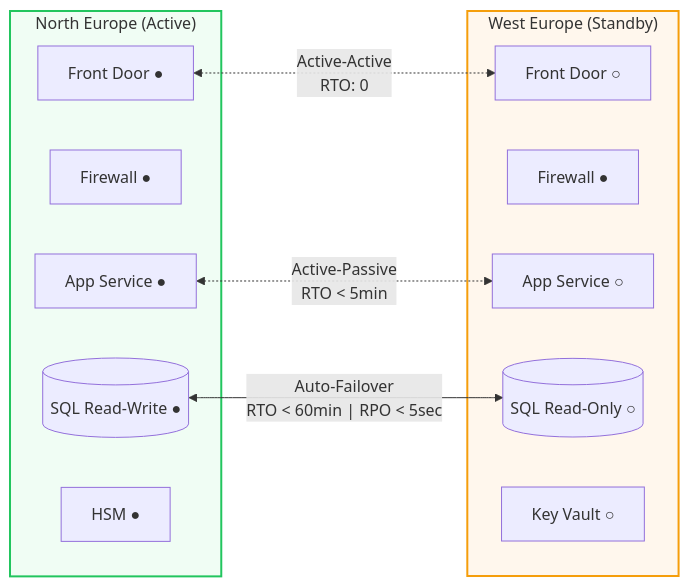
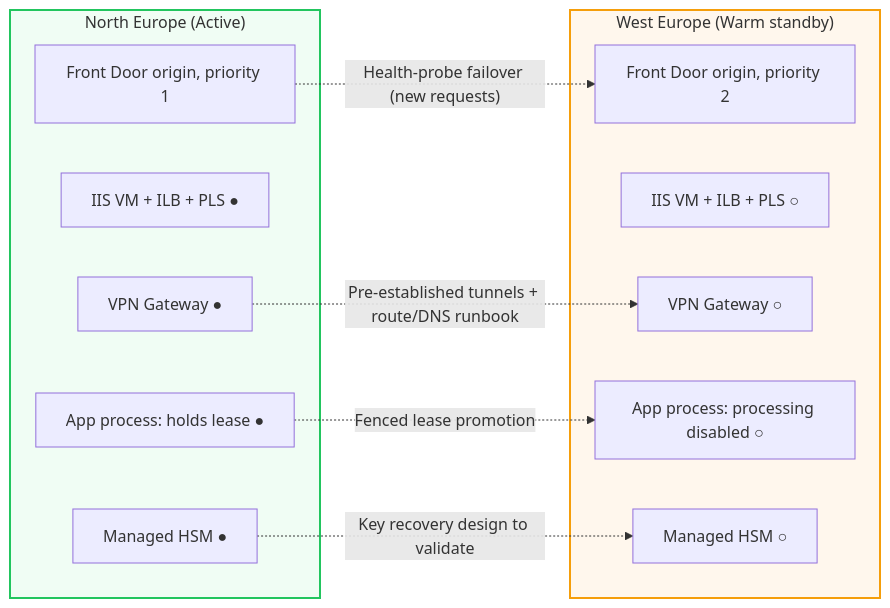
Before and after one commit to microsoftmrinal/azure-landing-zone-pci-dss: the fifth of 5 diagrams in README.md, drawn with Mermaid. The commit also changed other lines of this file and 28 other files, not shown here.

First line of the commit message:
Replace App Service with Windows IIS VMs (NEU + WEU) behind Front Door Private Link

````diff
--- a/README.md
+++ b/README.md
@@ -168,25 +184,26 @@
 ```mermaid
 graph LR
     subgraph Primary["North Europe (Active)"]
-        P_FD[Front Door ●]
-        P_FW[Firewall ●]
-        P_App[App Service ●]
-        P_SQL[(SQL Read-Write ●)]
-        P_HSM[HSM ●]
+        P_FD[Front Door origin, priority 1]
+        P_VM[IIS VM + ILB + PLS ●]
+        P_VPN[VPN Gateway ●]
+        P_APP[App process: holds lease ●]
+        P_HSM[Managed HSM ●]
     end
 
-    subgraph DR["West Europe (Standby)"]
-        D_FD[Front Door ○]
-        D_FW[Firewall ●]
-        D_App[App Service ○]
-        D_SQL[(SQL Read-Only ○)]
-        D_KV[Key Vault ○]
+    subgraph DR["West Europe (Warm standby)"]
+        D_FD[Front Door origin, priority 2]
+        D_VM[IIS VM + ILB + PLS ○]
+        D_VPN[VPN Gateway ○]
+        D_APP[App process: processing disabled ○]
+        D_HSM[Managed HSM ○]
     end
 
-    P_SQL <-->|"Auto-Failover<br/>RTO < 60min | RPO < 5sec"| D_SQL
-    P_FD <-.->|"Active-Active<br/>RTO: 0"| D_FD
-    P_App <-.->|"Active-Passive<br/>RTO < 5min"| D_App
+    P_FD -.->|"Health-probe failover (new requests)"| D_FD
+    P_VPN -.->|"Pre-established tunnels + route/DNS runbook"| D_VPN
+    P_APP -.->|"Fenced lease promotion"| D_APP
+    P_HSM -.->|"Key recovery design to validate"| D_HSM
 
     style Primary fill:#f0fdf4,stroke:#22c55e,stroke-width:2px
     style DR fill:#fff7ed,stroke:#f59e0b,stroke-width:2px
 ```
````
